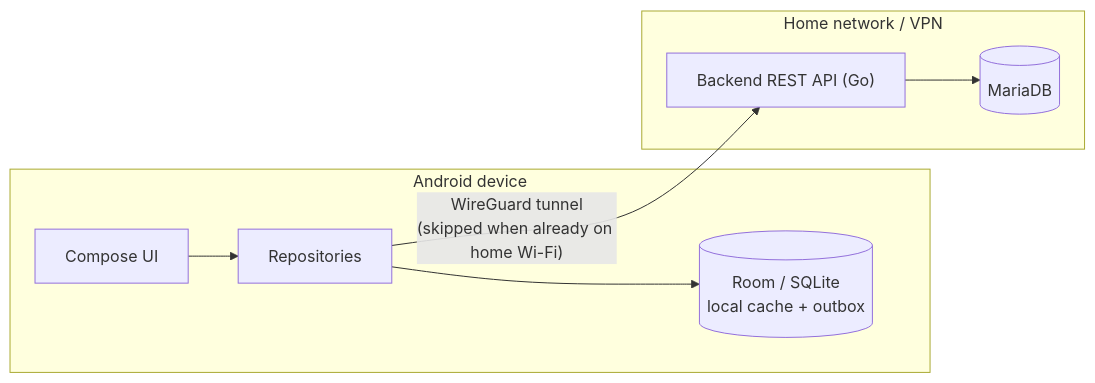
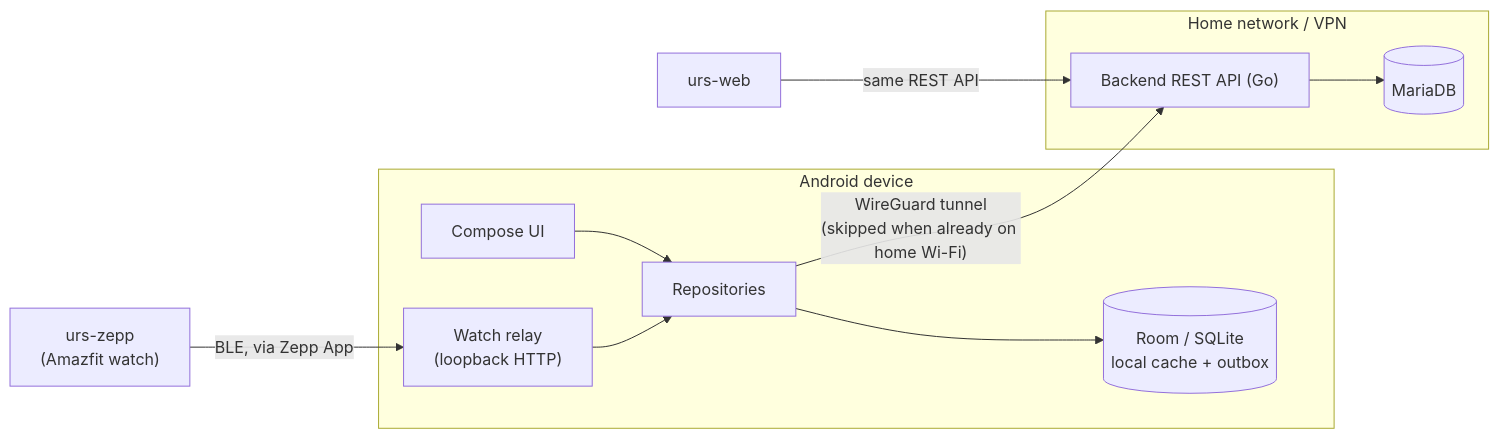
Before and after one commit to mcfx-urs/urs-android: the first of 2 diagrams in ARCHITECTURE.md, drawn with Mermaid. The commit also changed other lines of this file and 1 other file, not shown here.

Commit message:
Rewrite README and ARCHITECTURE to match the current feature set

````diff
--- a/ARCHITECTURE.md
+++ b/ARCHITECTURE.md
@@ -19,17 +27,22 @@
 ```mermaid
 graph LR
     subgraph Device["Android device"]
         UI[Compose UI]
         Repo[Repositories]
         Room[("Room / SQLite\nlocal cache + outbox")]
+        Relay["Watch relay\n(loopback HTTP)"]
         UI --> Repo --> Room
     end
+
+    Watch["urs-zepp\n(Amazfit watch)"] -- "BLE, via Zepp App" --> Relay
+    Relay --> Repo
 
     subgraph Home["Home network / VPN"]
         API["Backend REST API (Go)"]
         DB[("MariaDB")]
         API --> DB
     end
 
+    Web["urs-web"] -- "same REST API" --> API
     Repo -- "WireGuard tunnel\n(skipped when already on home Wi-Fi)" --> API
 ```
````
